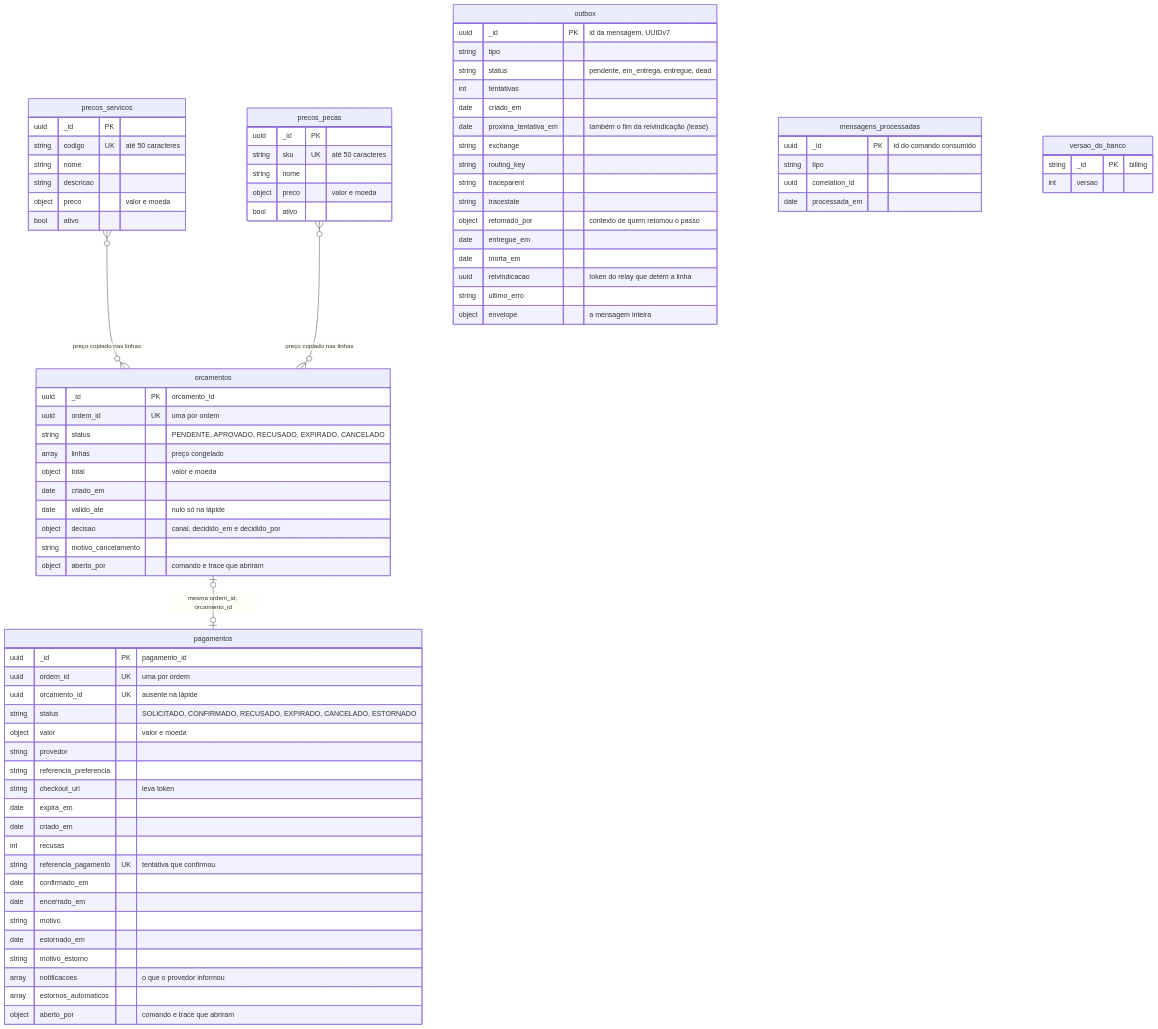
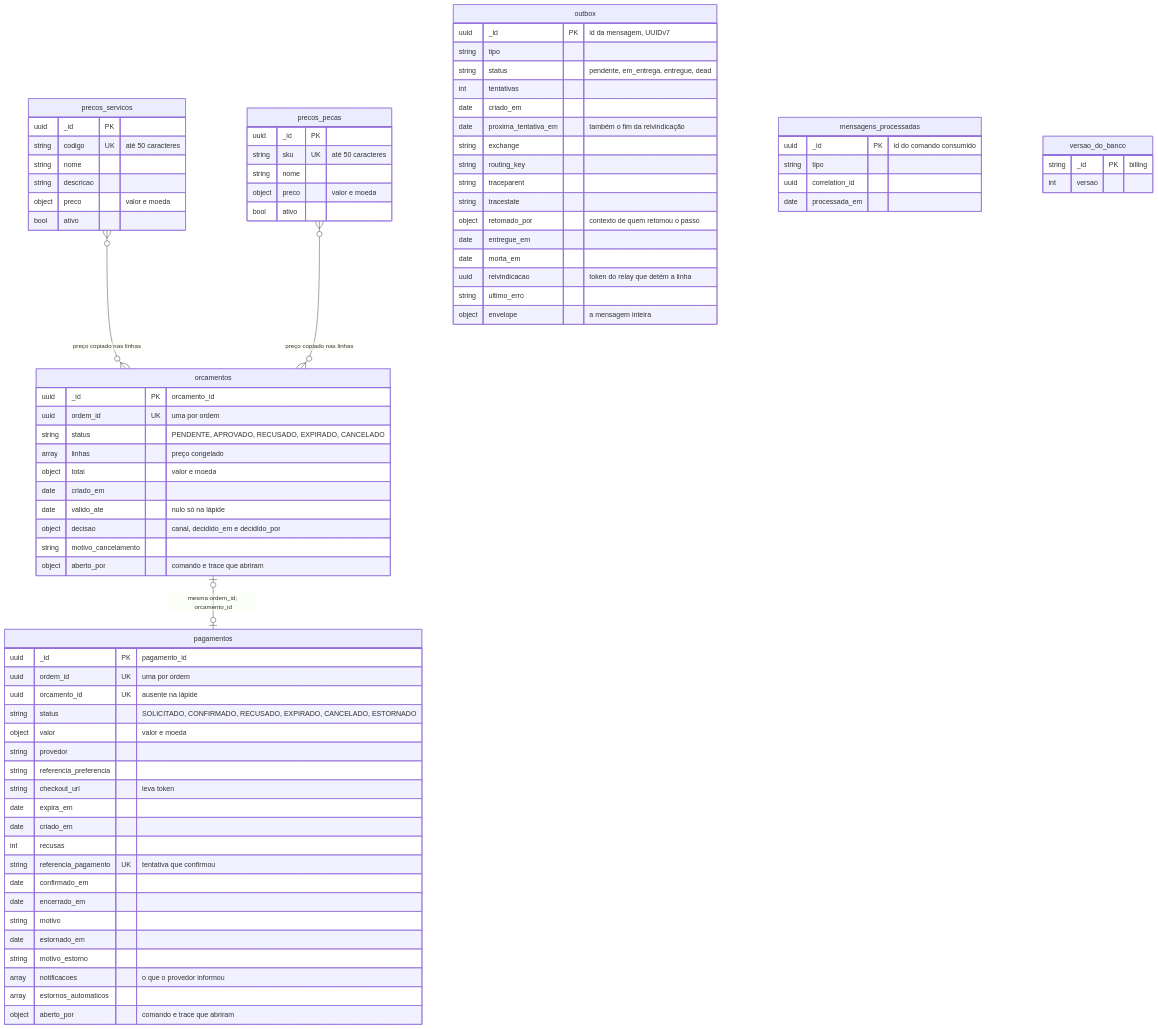
One commit to fiap-postech-sw-architecture/postech-sw-arch-p4-billing-service changed the second of 12 diagrams in docs/arquitetura.md. Above: the diagram before and after it, drawn with Mermaid. The commit also changed other lines of this file, not shown here.

First line of the commit message:
docs: arquitetura define lease, gauge, prefetch e as sondas no primeiro uso

```diff
--- a/docs/arquitetura.md
+++ b/docs/arquitetura.md
@@ -169,7 +169,7 @@
         string status "pendente, em_entrega, entregue, dead"
         int tentativas
         date criado_em
-        date proxima_tentativa_em "também o fim da reivindicação (lease)"
+        date proxima_tentativa_em "também o fim da reivindicação"
         string exchange
         string routing_key
         string traceparent
```
